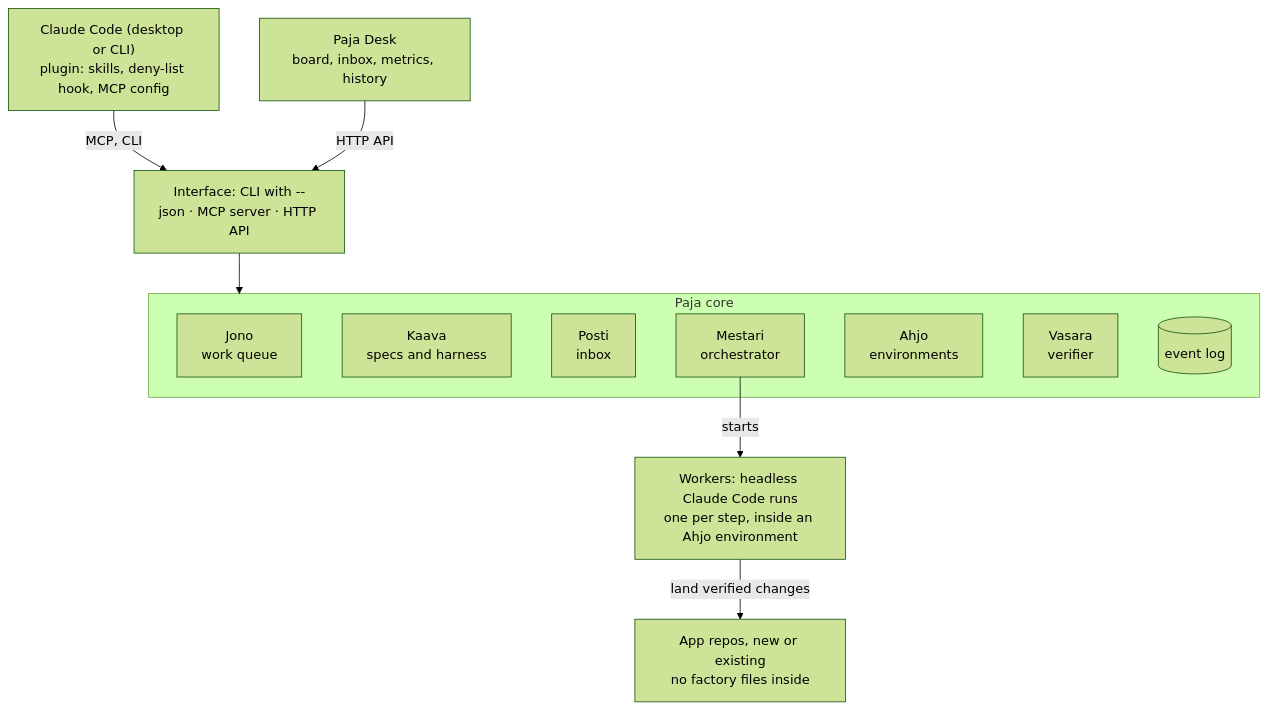
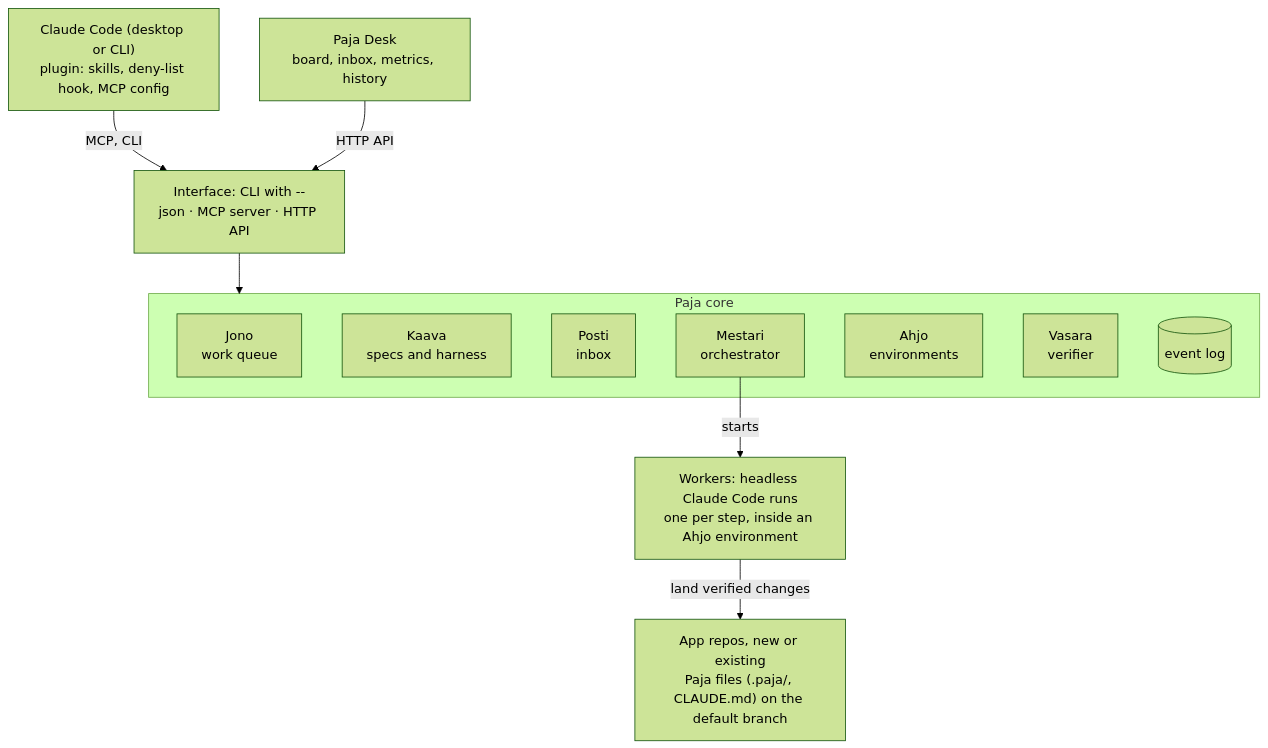
Before and after one commit to eppu-peltonen/paja: the diagram in docs/design/architecture.md, drawn with Mermaid (forest theme). The commit also changed 1 other file, not shown here.

Commit message:
Docs: fix the architecture diagram label and the build-order status paragraph
Closes #161

````diff
--- a/docs/design/architecture.md
+++ b/docs/design/architecture.md
@@ -7,23 +7,23 @@
 ```mermaid
 flowchart TB
     cc["Claude Code (desktop or CLI)<br/>plugin: skills, deny-list hook, MCP config"]
     desk["Paja Desk<br/>board, inbox, metrics, history"]
     iface["Interface: CLI with --json · MCP server · HTTP API"]
     subgraph core["Paja core"]
         jono["Jono<br/>work queue"]
         kaava["Kaava<br/>specs and harness"]
         posti["Posti<br/>inbox"]
         mestari["Mestari<br/>orchestrator"]
         ahjo["Ahjo<br/>environments"]
         vasara["Vasara<br/>verifier"]
         log[("event log")]
     end
     workers["Workers: headless Claude Code runs<br/>one per step, inside an Ahjo environment"]
-    repos["App repos, new or existing<br/>no factory files inside"]
+    repos["App repos, new or existing<br/>Paja files (.paja/, CLAUDE.md) on the default branch"]
 
     cc -- "MCP, CLI" --> iface
     desk -- "HTTP API" --> iface
     iface --> core
     mestari -- starts --> workers
     workers -- "land verified changes" --> repos
 ```
````
